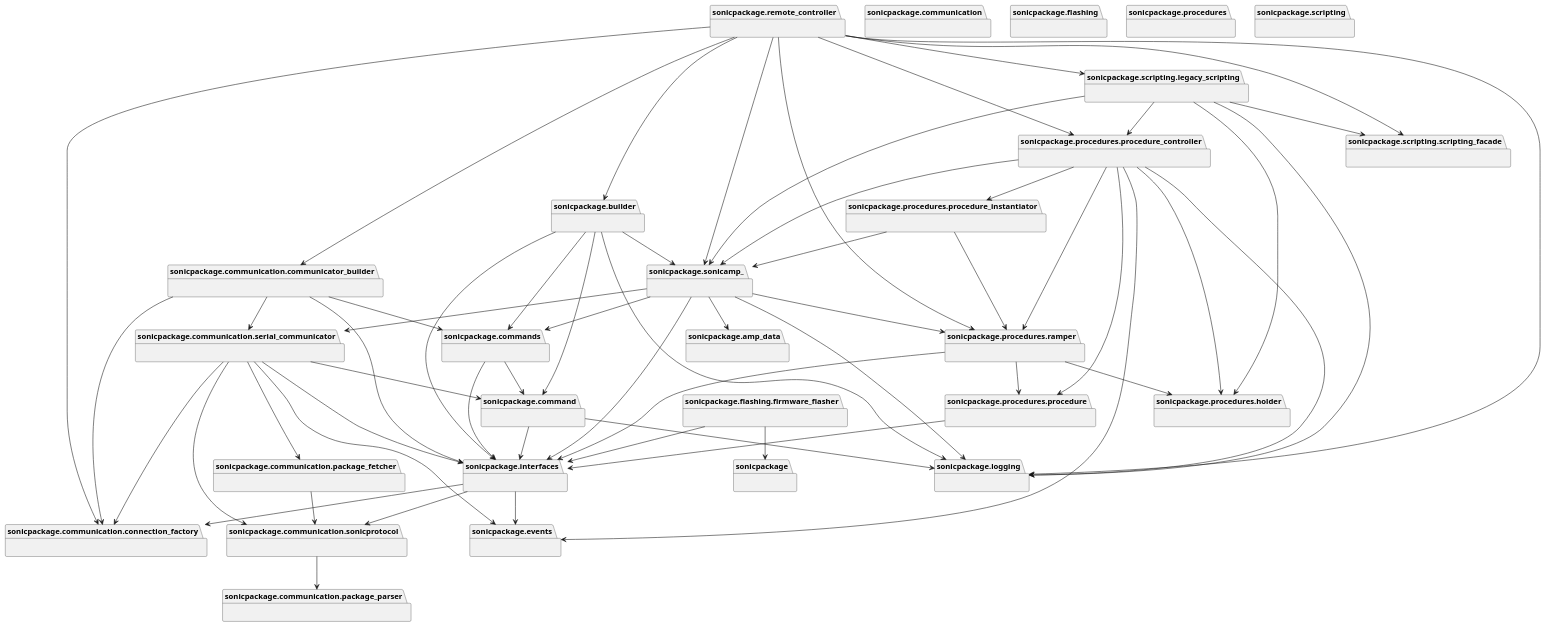
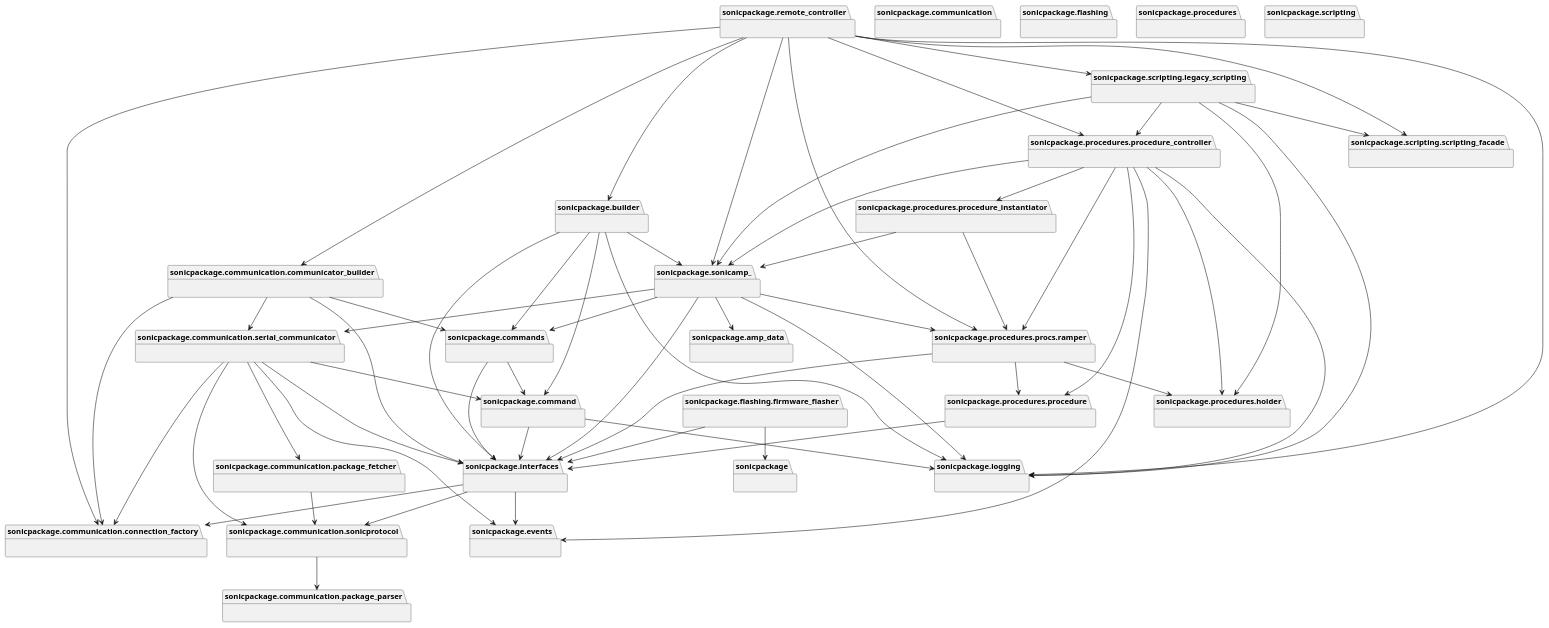
The diagram in docs/diagrams/generated/packages_sonicpackage.puml (usepat/soniccontrol), drawn with PlantUML before and after one commit. The commit also changed 15 other files, not shown here.

```diff
--- a/docs/diagrams/generated/packages_sonicpackage.puml
+++ b/docs/diagrams/generated/packages_sonicpackage.puml
@@ -1,118 +1,118 @@
 @startuml packages_sonicpackage
 set namespaceSeparator none
 package "sonicpackage" as sonicpackage {
 }
 package "sonicpackage.amp_data" as sonicpackage.amp_data {
 }
 package "sonicpackage.builder" as sonicpackage.builder {
 }
 package "sonicpackage.command" as sonicpackage.command {
 }
 package "sonicpackage.commands" as sonicpackage.commands {
 }
 package "sonicpackage.communication" as sonicpackage.communication {
 }
 package "sonicpackage.communication.communicator_builder" as sonicpackage.communication.communicator_builder {
 }
 package "sonicpackage.communication.connection_factory" as sonicpackage.communication.connection_factory {
 }
 package "sonicpackage.communication.package_fetcher" as sonicpackage.communication.package_fetcher {
 }
 package "sonicpackage.communication.package_parser" as sonicpackage.communication.package_parser {
 }
 package "sonicpackage.communication.serial_communicator" as sonicpackage.communication.serial_communicator {
 }
 package "sonicpackage.communication.sonicprotocol" as sonicpackage.communication.sonicprotocol {
 }
 package "sonicpackage.events" as sonicpackage.events {
 }
 package "sonicpackage.flashing" as sonicpackage.flashing {
 }
 package "sonicpackage.flashing.firmware_flasher" as sonicpackage.flashing.firmware_flasher {
 }
 package "sonicpackage.interfaces" as sonicpackage.interfaces {
 }
 package "sonicpackage.logging" as sonicpackage.logging {
 }
 package "sonicpackage.procedures" as sonicpackage.procedures {
 }
 package "sonicpackage.procedures.holder" as sonicpackage.procedures.holder {
 }
 package "sonicpackage.procedures.procedure" as sonicpackage.procedures.procedure {
 }
 package "sonicpackage.procedures.procedure_controller" as sonicpackage.procedures.procedure_controller {
 }
 package "sonicpackage.procedures.procedure_instantiator" as sonicpackage.procedures.procedure_instantiator {
 }
-package "sonicpackage.procedures.ramper" as sonicpackage.procedures.ramper {
+package "sonicpackage.procedures.procs.ramper" as sonicpackage.procedures.procs.ramper {
 }
 package "sonicpackage.remote_controller" as sonicpackage.remote_controller {
 }
 package "sonicpackage.scripting" as sonicpackage.scripting {
 }
 package "sonicpackage.scripting.legacy_scripting" as sonicpackage.scripting.legacy_scripting {
 }
 package "sonicpackage.scripting.scripting_facade" as sonicpackage.scripting.scripting_facade {
 }
 package "sonicpackage.sonicamp_" as sonicpackage.sonicamp_ {
 }
 sonicpackage.builder --> sonicpackage.command
 sonicpackage.builder --> sonicpackage.commands
 sonicpackage.builder --> sonicpackage.interfaces
 sonicpackage.builder --> sonicpackage.logging
 sonicpackage.builder --> sonicpackage.sonicamp_
 sonicpackage.command --> sonicpackage.interfaces
 sonicpackage.command --> sonicpackage.logging
 sonicpackage.commands --> sonicpackage.command
 sonicpackage.commands --> sonicpackage.interfaces
 sonicpackage.communication.communicator_builder --> sonicpackage.commands
 sonicpackage.communication.communicator_builder --> sonicpackage.communication.connection_factory
 sonicpackage.communication.communicator_builder --> sonicpackage.communication.serial_communicator
 sonicpackage.communication.communicator_builder --> sonicpackage.interfaces
 sonicpackage.communication.package_fetcher --> sonicpackage.communication.sonicprotocol
 sonicpackage.communication.serial_communicator --> sonicpackage.command
 sonicpackage.communication.serial_communicator --> sonicpackage.communication.connection_factory
 sonicpackage.communication.serial_communicator --> sonicpackage.communication.package_fetcher
 sonicpackage.communication.serial_communicator --> sonicpackage.communication.sonicprotocol
 sonicpackage.communication.serial_communicator --> sonicpackage.events
 sonicpackage.communication.serial_communicator --> sonicpackage.interfaces
 sonicpackage.communication.sonicprotocol --> sonicpackage.communication.package_parser
 sonicpackage.flashing.firmware_flasher --> sonicpackage
 sonicpackage.flashing.firmware_flasher --> sonicpackage.interfaces
 sonicpackage.interfaces --> sonicpackage.communication.connection_factory
 sonicpackage.interfaces --> sonicpackage.communication.sonicprotocol
 sonicpackage.interfaces --> sonicpackage.events
 sonicpackage.procedures.procedure --> sonicpackage.interfaces
 sonicpackage.procedures.procedure_controller --> sonicpackage.events
 sonicpackage.procedures.procedure_controller --> sonicpackage.logging
 sonicpackage.procedures.procedure_controller --> sonicpackage.procedures.holder
 sonicpackage.procedures.procedure_controller --> sonicpackage.procedures.procedure
 sonicpackage.procedures.procedure_controller --> sonicpackage.procedures.procedure_instantiator
-sonicpackage.procedures.procedure_controller --> sonicpackage.procedures.ramper
+sonicpackage.procedures.procedure_controller --> sonicpackage.procedures.procs.ramper
 sonicpackage.procedures.procedure_controller --> sonicpackage.sonicamp_
-sonicpackage.procedures.procedure_instantiator --> sonicpackage.procedures.ramper
+sonicpackage.procedures.procedure_instantiator --> sonicpackage.procedures.procs.ramper
 sonicpackage.procedures.procedure_instantiator --> sonicpackage.sonicamp_
-sonicpackage.procedures.ramper --> sonicpackage.interfaces
-sonicpackage.procedures.ramper --> sonicpackage.procedures.holder
-sonicpackage.procedures.ramper --> sonicpackage.procedures.procedure
+sonicpackage.procedures.procs.ramper --> sonicpackage.interfaces
+sonicpackage.procedures.procs.ramper --> sonicpackage.procedures.holder
+sonicpackage.procedures.procs.ramper --> sonicpackage.procedures.procedure
 sonicpackage.remote_controller --> sonicpackage.builder
 sonicpackage.remote_controller --> sonicpackage.communication.communicator_builder
 sonicpackage.remote_controller --> sonicpackage.communication.connection_factory
 sonicpackage.remote_controller --> sonicpackage.logging
 sonicpackage.remote_controller --> sonicpackage.procedures.procedure_controller
-sonicpackage.remote_controller --> sonicpackage.procedures.ramper
+sonicpackage.remote_controller --> sonicpackage.procedures.procs.ramper
 sonicpackage.remote_controller --> sonicpackage.scripting.legacy_scripting
 sonicpackage.remote_controller --> sonicpackage.scripting.scripting_facade
 sonicpackage.remote_controller --> sonicpackage.sonicamp_
 sonicpackage.scripting.legacy_scripting --> sonicpackage.logging
 sonicpackage.scripting.legacy_scripting --> sonicpackage.procedures.holder
 sonicpackage.scripting.legacy_scripting --> sonicpackage.procedures.procedure_controller
 sonicpackage.scripting.legacy_scripting --> sonicpackage.scripting.scripting_facade
 sonicpackage.scripting.legacy_scripting --> sonicpackage.sonicamp_
 sonicpackage.sonicamp_ --> sonicpackage.amp_data
 sonicpackage.sonicamp_ --> sonicpackage.commands
 sonicpackage.sonicamp_ --> sonicpackage.communication.serial_communicator
 sonicpackage.sonicamp_ --> sonicpackage.interfaces
 sonicpackage.sonicamp_ --> sonicpackage.logging
-sonicpackage.sonicamp_ --> sonicpackage.procedures.ramper
+sonicpackage.sonicamp_ --> sonicpackage.procedures.procs.ramper
 @enduml
```
